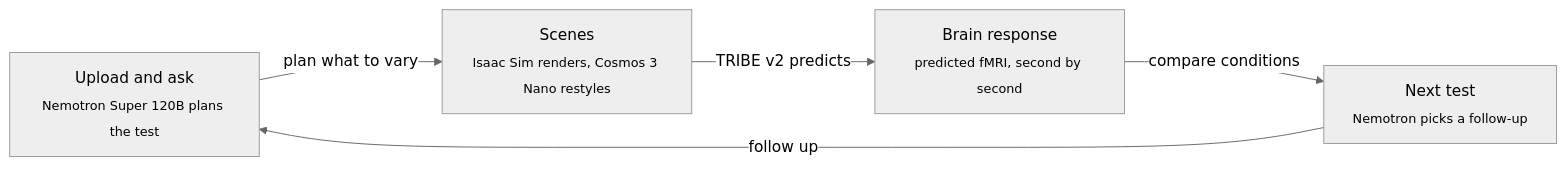
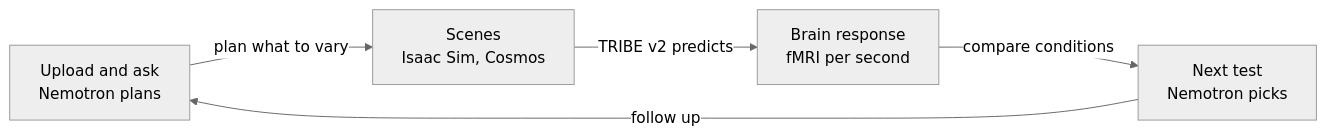
Before and after one commit to reversely/simulaxon: the first of 2 diagrams in README.md, drawn with Mermaid (neutral theme). The commit also changed other lines of this file, not shown here.

Commit message:
docs(readme): give the diagrams plain labels that fit their boxes

````diff
--- a/README.md
+++ b/README.md
@@ -20,7 +20,7 @@
 ```mermaid
 flowchart LR
-  H["Upload and ask<br/><sub>Nemotron Super 120B plans the test</sub>"] -->|plan what to vary| S["Scenes<br/><sub>Isaac Sim renders, Cosmos 3 Nano restyles</sub>"]
-  S -->|TRIBE v2 predicts| B["Brain response<br/><sub>predicted fMRI, second by second</sub>"]
-  B -->|compare conditions| N["Next test<br/><sub>Nemotron picks a follow-up</sub>"]
+  H["Upload and ask<br/>Nemotron plans"] -->|plan what to vary| S["Scenes<br/>Isaac Sim, Cosmos"]
+  S -->|TRIBE v2 predicts| B["Brain response<br/>fMRI per second"]
+  B -->|compare conditions| N["Next test<br/>Nemotron picks"]
   N -->|follow up| H
 ```
````
